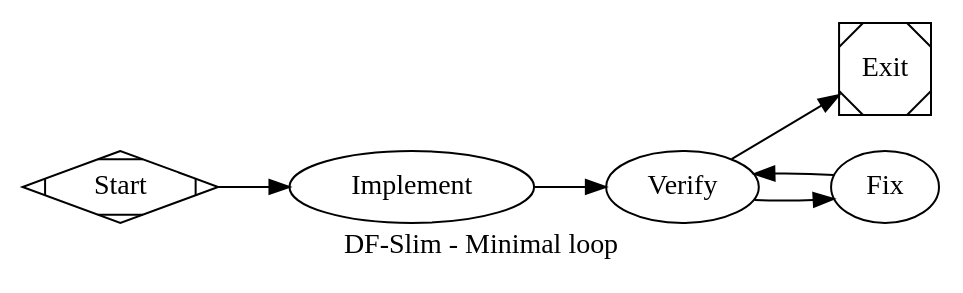
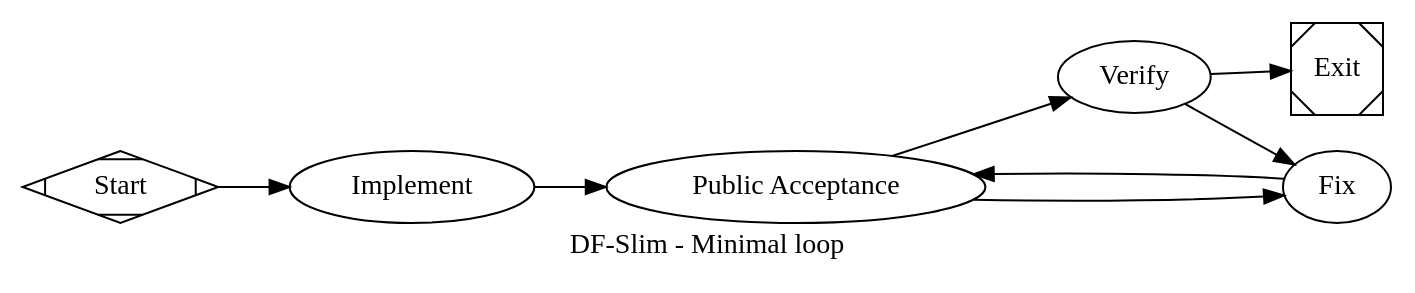
Before and after one commit to jleechanorg/dark-factory: the diagram in benchmarks/amazon-clone/pipelines/slim.dot, drawn with Graphviz. The commit also changed 93 other files, not shown here.

Commit message:
feat: agy/claudew backends, amazon-clone benchmark slices, amazon-clone orchestration

```diff
--- a/benchmarks/amazon-clone/pipelines/slim.dot
+++ b/benchmarks/amazon-clone/pipelines/slim.dot
@@ -1,16 +1,19 @@
 digraph amazon_slim {
     graph [label="DF-Slim - Minimal loop"]
     rankdir=LR
 
     start [shape=Mdiamond, label="Start"]
     exit  [shape=Msquare, label="Exit"]
 
     implement [type="codergen", label="Implement", prompt="@benchmarks/amazon-clone/prompts/implement.md"]
+    public_acceptance [type="tool", label="Public Acceptance", command="bash benchmarks/amazon-clone/scripts/public_acceptance.sh .", timeout="300", validation="true"]
     verify    [type="holdout_eval", label="Verify", timeout="300"]
-    fix       [type="codergen", label="Fix", prompt="@benchmarks/amazon-clone/prompts/fix.md", max_visits="3"]
+    fix       [type="codergen", label="Fix", prompt="@benchmarks/amazon-clone/prompts/fix.md", timeout="300", max_visits="5"]
 
-    start -> implement -> verify
+    start -> implement -> public_acceptance
+    public_acceptance -> verify [condition="outcome=success"]
+    public_acceptance -> fix [condition="outcome!=success"]
     verify -> exit [condition="outcome=success"]
     verify -> fix [condition="outcome!=success"]
-    fix -> verify
+    fix -> public_acceptance
 }
```
